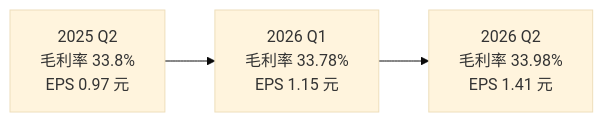
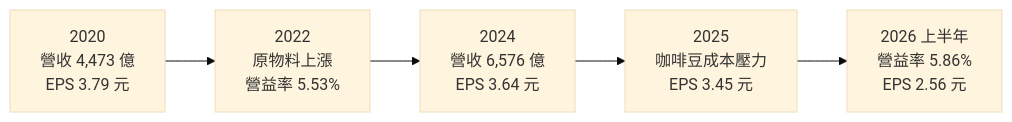
The third of 4 diagrams in 個股/台股/1216統一.md (wangnick1004/taiwan-stock-vault), drawn with Mermaid (base theme) before and after one commit. The commit also changed other lines of this file and 27 other files, not shown here.

````diff
--- a/個股/台股/1216統一.md
+++ b/個股/台股/1216統一.md
@@ -142,4 +146,4 @@
 ```mermaid
 flowchart LR
-    Q2a["2025 Q2<br/>毛利率 33.8%<br/>EPS 0.97 元"] --> Q1["2026 Q1<br/>毛利率 33.78%<br/>EPS 1.15 元"] --> Q2["2026 Q2<br/>毛利率 33.98%<br/>EPS 1.41 元"]
+    Y20["2020<br/>營收 4,473 億<br/>EPS 3.79 元"] --> Y22["2022<br/>原物料上漲<br/>營益率 5.53%"] --> Y24["2024<br/>營收 6,576 億<br/>EPS 3.64 元"] --> Y25["2025<br/>咖啡豆成本壓力<br/>EPS 3.45 元"] --> H26["2026 上半年<br/>營益率 5.86%<br/>EPS 2.56 元"]
 ```
````
